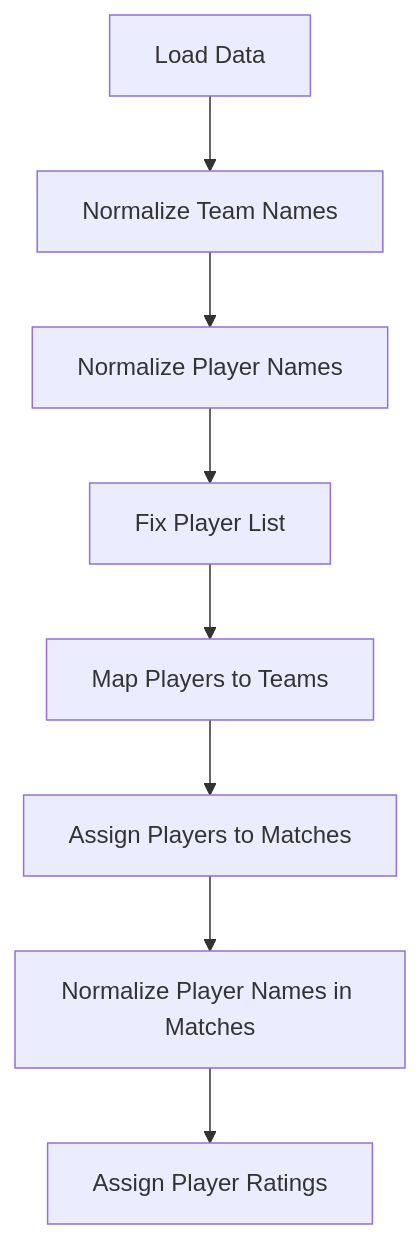
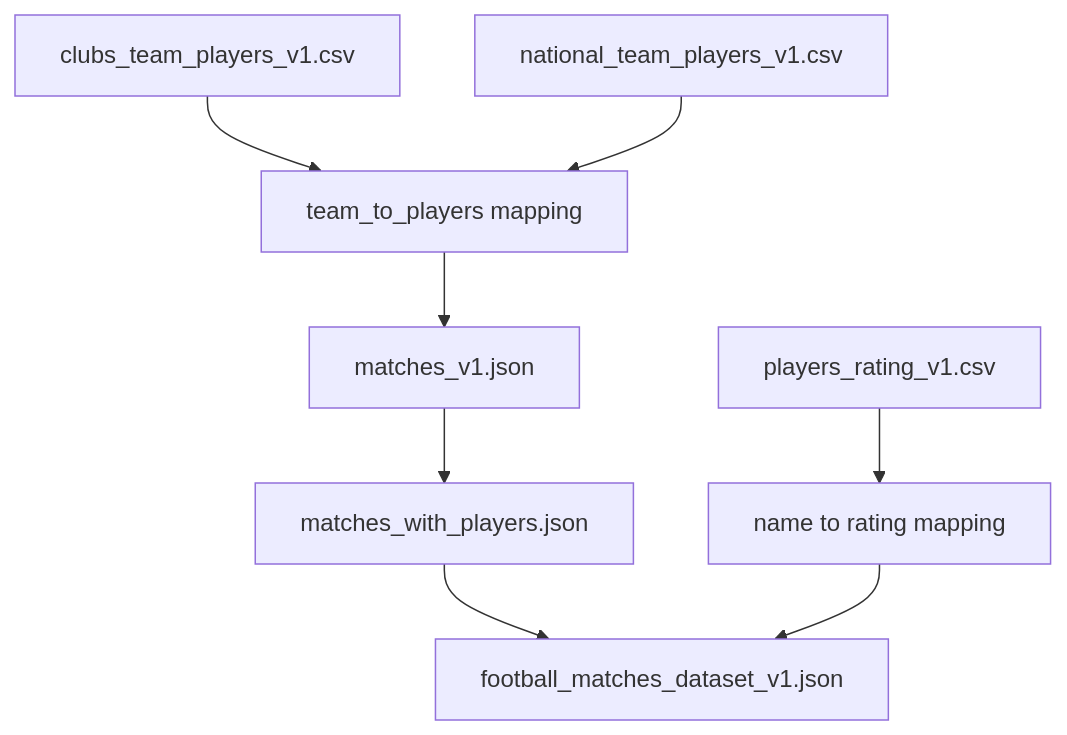
One commit to Emanalytics7/Football-Goals-Prediction-Model changed the diagram in README.md. Above: the diagram before and after it, drawn with Mermaid.

````diff
--- a/README.md
+++ b/README.md
@@ -36,10 +36,13 @@
 ```mermaid
-graph TD;
-    A[Load Data] --> B[Normalize Team Names]
-    B --> C[Normalize Player Names]
-    C --> D[Fix Player List]
-    D --> E[Map Players to Teams]
-    E --> F[Assign Players to Matches]
-    F --> G[Normalize Player Names in Matches]
-    G --> H[Assign Player Ratings]
+graph TD
+  A[clubs_team_players_v1.csv] --> B[team_to_players mapping]
+  C[national_team_players_v1.csv] --> B
+  B --> D[matches_v1.json]
+
+  D --> E[matches_with_players.json]
+
+  F[players_rating_v1.csv] --> G[name to rating mapping]
+  
+  E --> H[football_matches_dataset_v1.json]
+  G --> H
 ```
````
